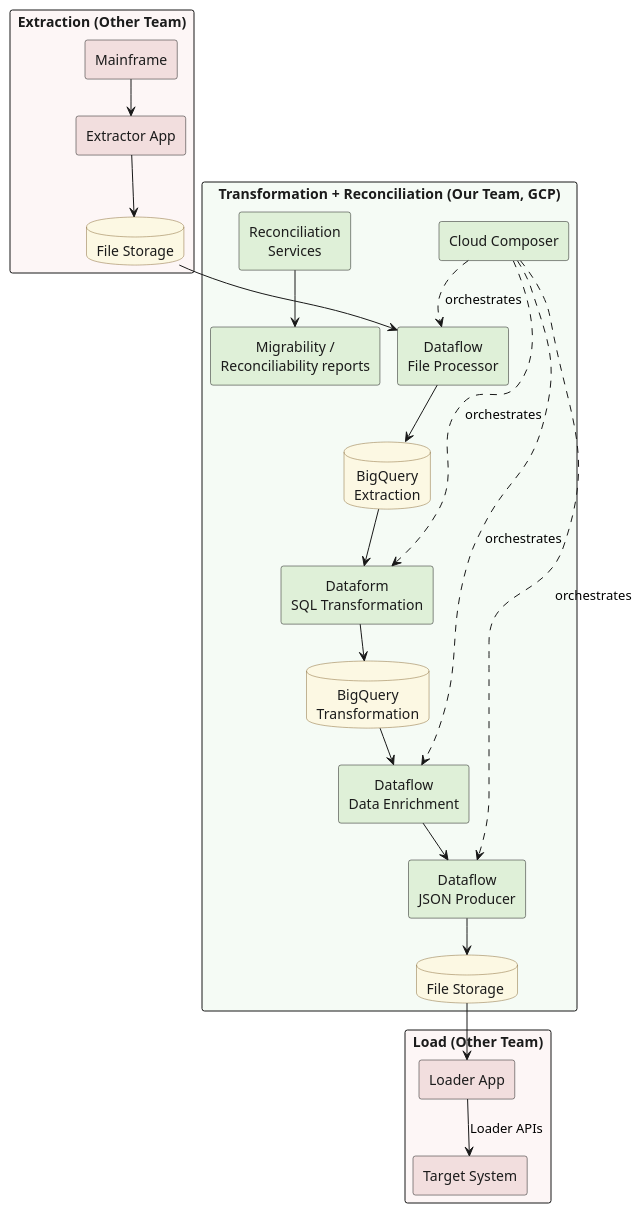
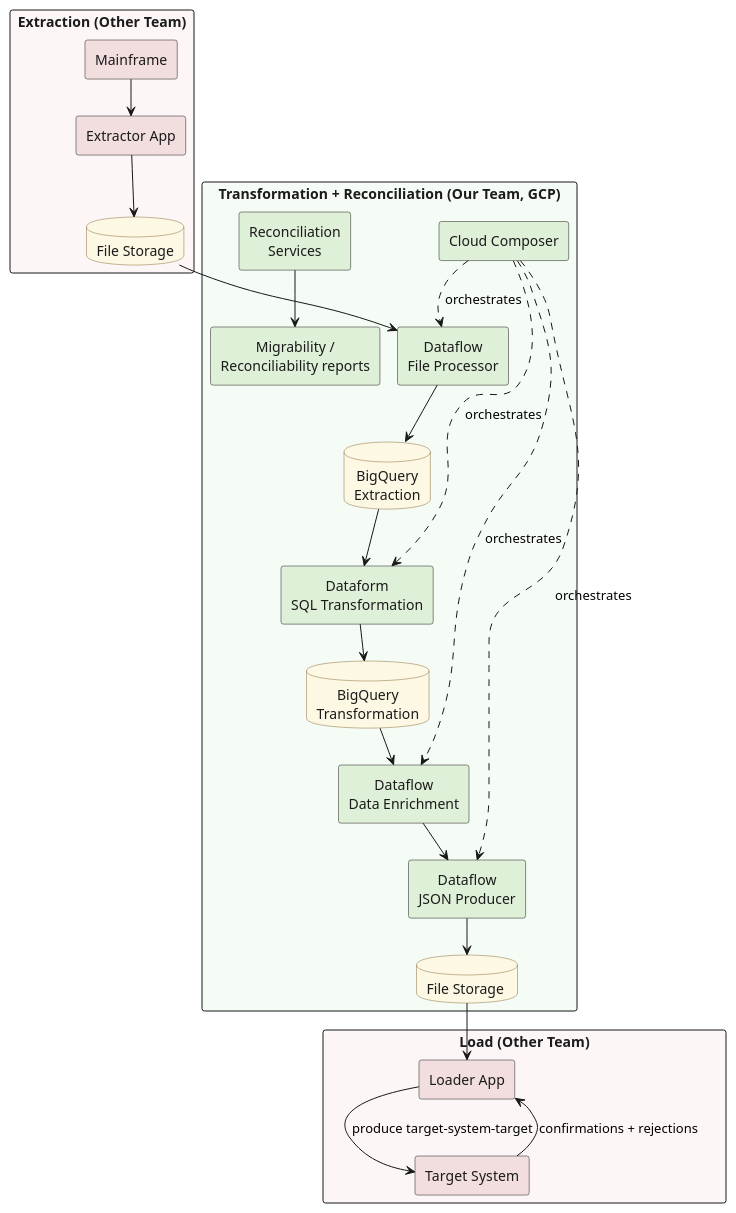
One commit to adrian-balaban/test-gcp-dataflow-dataform-cloud-composer changed the diagram in docs/plantuml/readme-02-pipeline-end-to-end.puml. Above: the diagram before and after it, drawn with PlantUML. The commit also changed 49 other files, not shown here.

```diff
--- a/docs/plantuml/readme-02-pipeline-end-to-end.puml
+++ b/docs/plantuml/readme-02-pipeline-end-to-end.puml
@@ -1,56 +1,57 @@
 @startuml readme-02-pipeline-end-to-end
 ' PlantUML equivalent of README.md "Slide 2 — The pipeline, end to end"
 !pragma layout smetana
 skinparam shadowing false
 skinparam defaultTextAlignment center
 skinparam rectangle {
     FontColor #1b1b1b
 }
 skinparam database {
     BackgroundColor #fcf8e3
     BorderColor #8a6d3b
     FontColor #1b1b1b
 }
 
 rectangle "Extraction (Other Team)" as E #fdf6f6 {
     rectangle "Mainframe"     as MF  #f2dede
     rectangle "Extractor App" as XA  #f2dede
     database  "File Storage"  as FS1
 }
 
 rectangle "Transformation + Reconciliation (Our Team, GCP)" as TR #f5fbf5 {
     rectangle "Dataflow\nFile Processor"       as FP  #dff0d8
     database  "BigQuery\nExtraction"           as BQ1
     rectangle "Dataform\nSQL Transformation"   as DF  #dff0d8
     database  "BigQuery\nTransformation"       as BQ2
     rectangle "Dataflow\nData Enrichment"      as EN  #dff0d8
     rectangle "Dataflow\nJSON Producer"        as JP  #dff0d8
     database  "File Storage "                  as FS2
     rectangle "Cloud Composer"                 as CC  #dff0d8
     rectangle "Reconciliation\nServices"       as RS  #dff0d8
     rectangle "Migrability /\nReconciliability reports" as RPT #dff0d8
 }
 
 rectangle "Load (Other Team)" as L #fdf6f6 {
     rectangle "Loader App"    as LA #f2dede
     rectangle "Target System" as VC #f2dede
 }
 
 MF  --> XA
 XA  --> FS1
 FS1 --> FP
 FP  --> BQ1
 BQ1 --> DF
 DF  --> BQ2
 BQ2 --> EN
 EN  --> JP
 JP  --> FS2
 RS  --> RPT
 FS2 --> LA
-LA  --> VC : Loader APIs
+LA  --> VC : produce target-system-target
+VC  --> LA : confirmations + rejections
 
 CC ..> FP : orchestrates
 CC ..> DF : orchestrates
 CC ..> EN : orchestrates
 CC ..> JP : orchestrates
 @enduml
```
